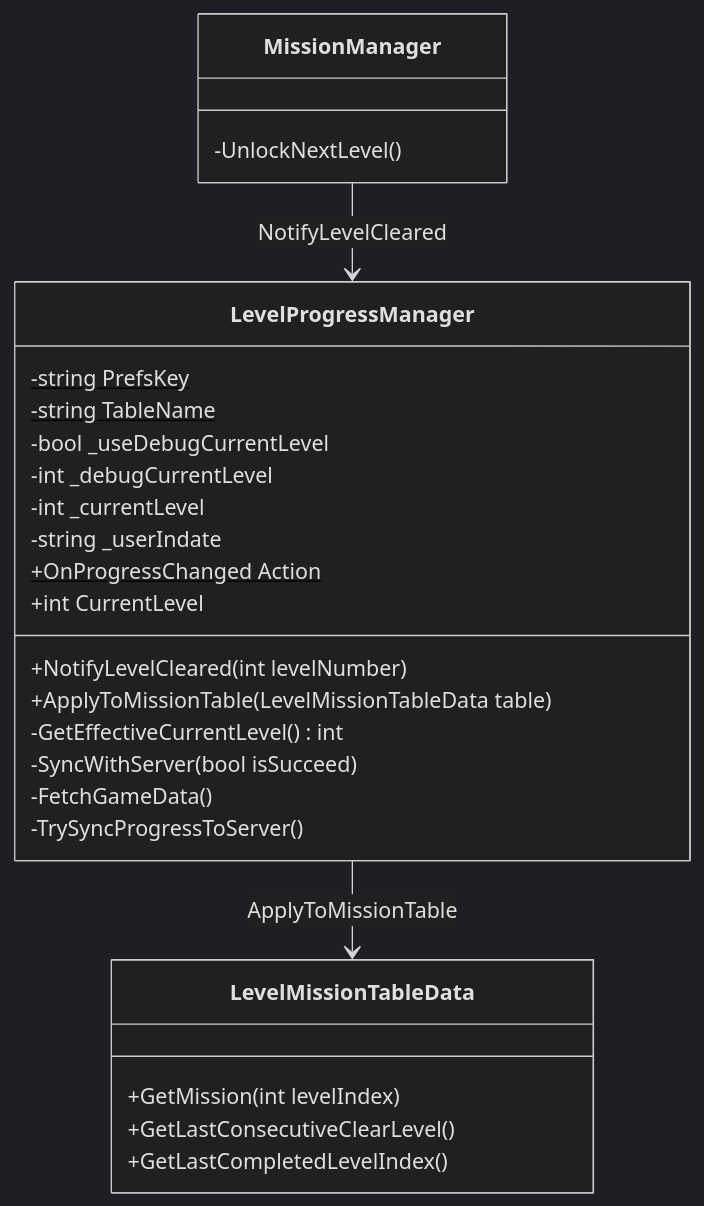
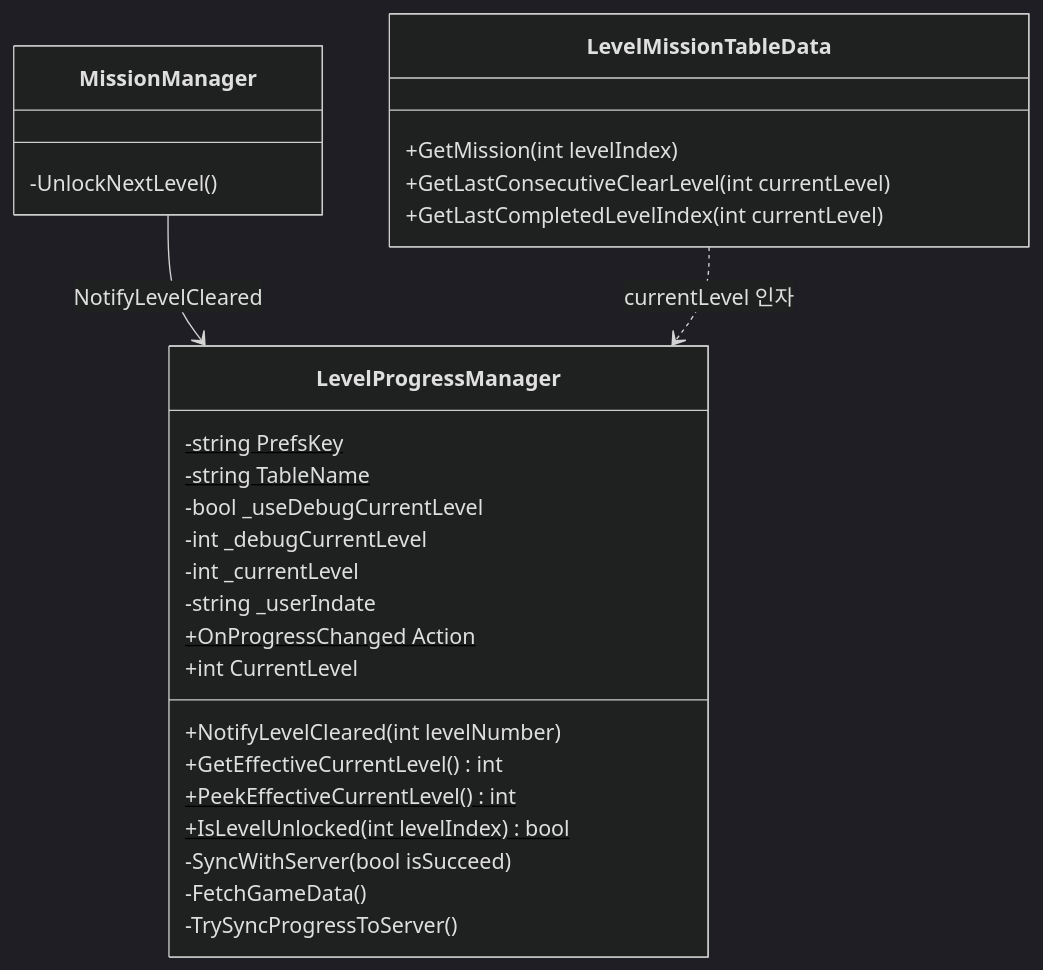
One commit to chlghksgml01/BlockPuzzle changed the third of 3 diagrams in docs/diagrams/level-progress-manager.md. Above: the diagram before and after it, drawn with Mermaid (dark theme). The commit also changed other lines of this file and 12 other files, not shown here.

Commit message:
feat: MissionData에서 isClear 삭제

````diff
--- a/docs/diagrams/level-progress-manager.md
+++ b/docs/diagrams/level-progress-manager.md
@@ -67,32 +67,33 @@
 ```mermaid
 classDiagram
   class LevelProgressManager {
     -string PrefsKey$
     -string TableName$
     -bool _useDebugCurrentLevel
     -int _debugCurrentLevel
     -int _currentLevel
     -string _userIndate
     +OnProgressChanged Action$
     +int CurrentLevel
     +NotifyLevelCleared(int levelNumber)
-    +ApplyToMissionTable(LevelMissionTableData table)
-    -GetEffectiveCurrentLevel() int
+    +GetEffectiveCurrentLevel() int
+    +PeekEffectiveCurrentLevel() int$
+    +IsLevelUnlocked(int levelIndex) bool$
     -SyncWithServer(bool isSucceed)
     -FetchGameData()
     -TrySyncProgressToServer()
   }
 
   class MissionManager {
     -UnlockNextLevel()
   }
 
   class LevelMissionTableData {
     +GetMission(int levelIndex)
-    +GetLastConsecutiveClearLevel()
-    +GetLastCompletedLevelIndex()
+    +GetLastConsecutiveClearLevel(int currentLevel)
+    +GetLastCompletedLevelIndex(int currentLevel)
   }
 
   MissionManager --> LevelProgressManager : NotifyLevelCleared
-  LevelProgressManager --> LevelMissionTableData : ApplyToMissionTable
+  LevelMissionTableData ..> LevelProgressManager : currentLevel 인자
 ```
````
